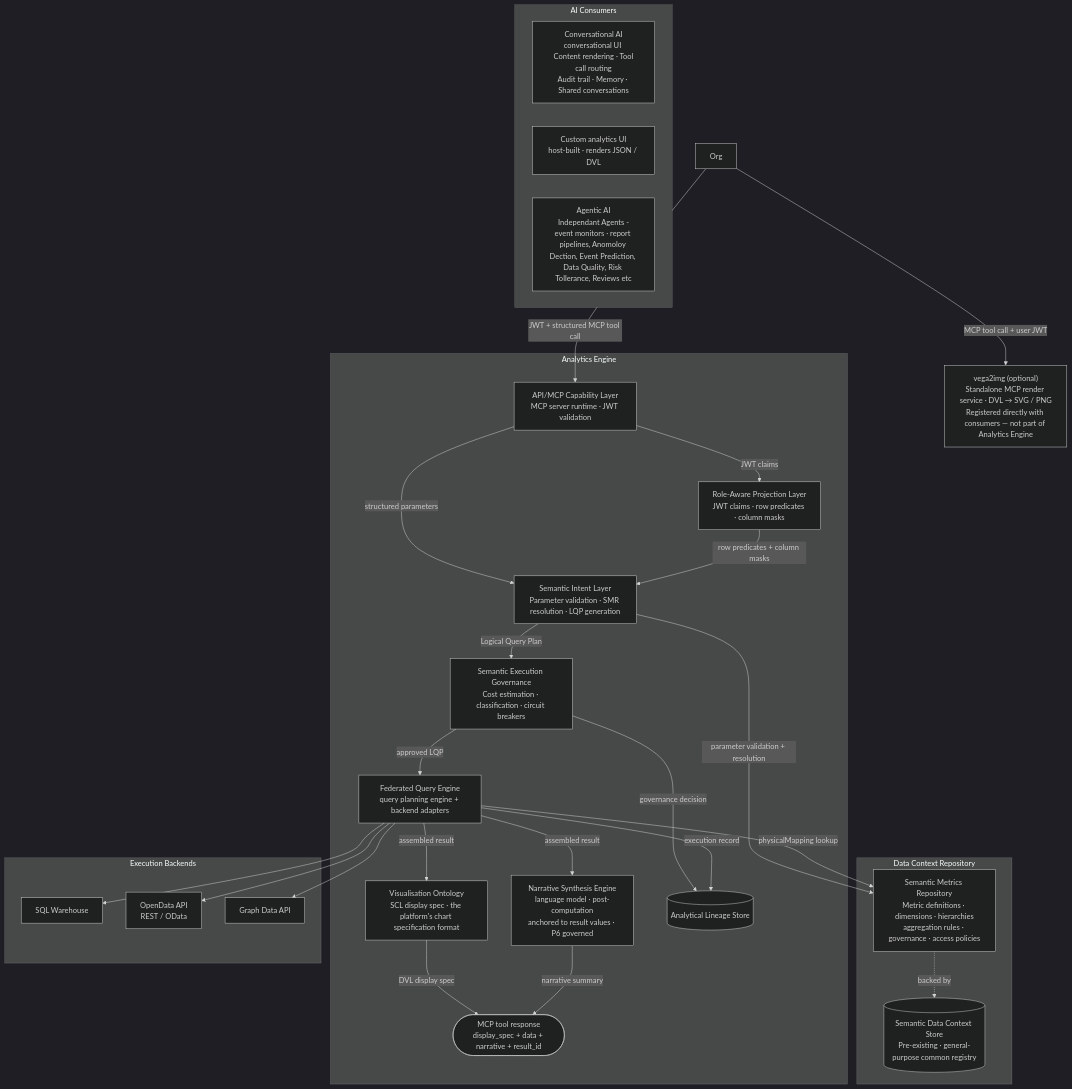
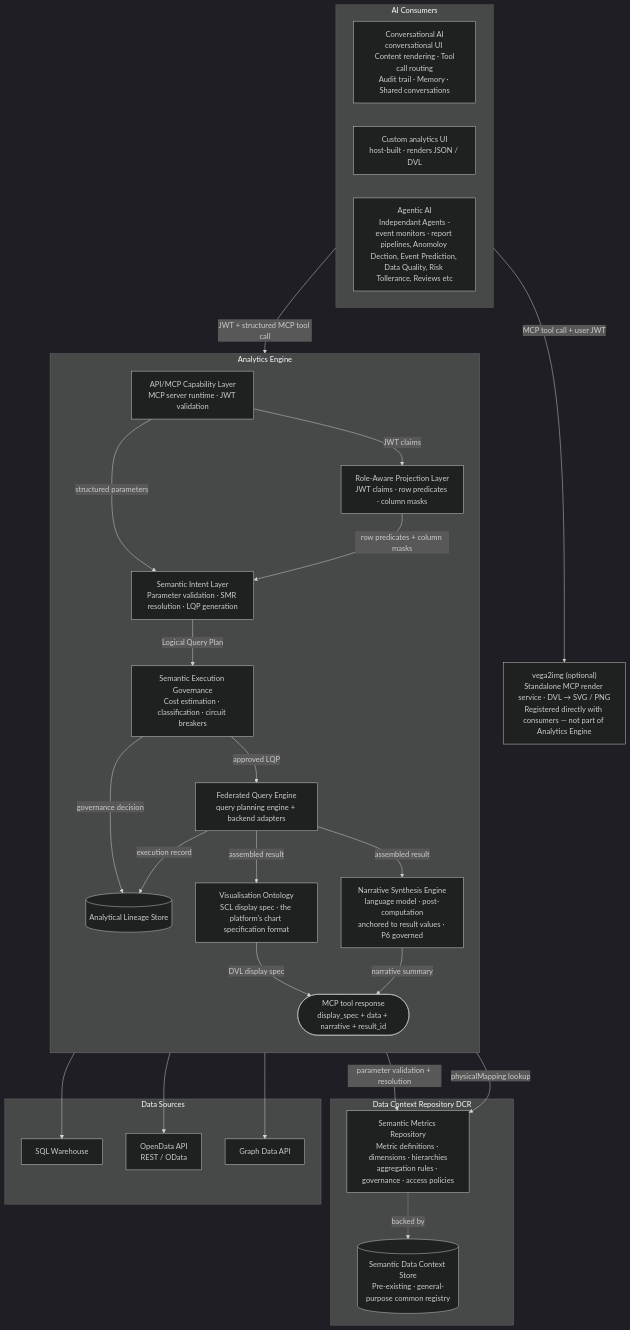
Before and after one commit to M-A-Operating-System/shared-work: the first of 6 diagrams in docs/product/analytics/02-core-capabilities.md, drawn with Mermaid (dark theme).

Commit message:
Update architecture diagram for clarity and accuracy

````diff
--- a/docs/product/analytics/02-core-capabilities.md
+++ b/docs/product/analytics/02-core-capabilities.md
@@ -57,51 +57,53 @@
 ```mermaid
 flowchart TD
-    subgraph org["AI Consumers"]
+    subgraph Consumers["AI Consumers"]
+        direction LR
         ChatComp["Conversational AI\nconversational UI \n Content rendering · Tool call routing\nAudit trail · Memory · Shared conversations"]
         CustomUI["Custom analytics UI\nhost-built · renders JSON / DVL"]
         Agents["Agentic AI\n Independant Agents - event monitors · report pipelines, Anomoloy Dection, Event Prediction, Data Quality, Risk Tollerance, Reviews etc"]
     end
 
     subgraph analytics["Analytics Engine"]
+        direction TB
         MCP["API/MCP Capability Layer\nMCP server runtime · JWT validation"]
         SIL["Semantic Intent Layer\nParameter validation · SMR resolution · LQP generation"]
         RAPL["Role-Aware Projection Layer\nJWT claims · row predicates · column masks"]
         SEG["Semantic Execution Governance\nCost estimation · classification · circuit breakers"]
         FQE["Federated Query Engine\nquery planning engine + backend adapters"]
         VO["Visualisation Ontology\nSCL display spec · the platform's chart specification format"]
         NSE["Narrative Synthesis Engine\nlanguage model · post-computation\nanchored to result values · P6 governed"]
         LS[("Analytical Lineage Store")]
         Result(["MCP tool response\ndisplay_spec + data + narrative + result_id"])
     end
 
     vega2img["vega2img (optional)\nStandalone MCP render service · DVL → SVG / PNG\nRegistered directly with consumers — not part of Analytics Engine"]
 
-    subgraph dcr["Data Context Repository"]
+    subgraph dcr["Data Context Repository DCR"]
         SMR["Semantic Metrics Repository\nMetric definitions · dimensions · hierarchies\naggregation rules · governance · access policies"]
         DCS[("Semantic Data Context Store\nPre-existing · general-purpose common registry")]
         SMR -. backed by .-> DCS
     end
 
-    subgraph backends["Execution Backends"]
+    subgraph backends["Data Sources"]
         SQL["SQL Warehouse"]
         ODA["OpenData API\nREST / OData"]
         GDA["Graph Data API"]
     end
 
-    Org -->|"JWT + structured MCP tool call"| MCP
-    Org -->|"MCP tool call + user JWT"| vega2img
+    Consumers -->|"JWT + structured MCP tool call"| MCP
+    Consumers -->|"MCP tool call + user JWT"| vega2img
     MCP -->|"structured parameters"| SIL
     MCP -->|"JWT claims"| RAPL
     RAPL -->|"row predicates + column masks"| SIL
     SIL -->|"parameter validation + resolution"| SMR
     SIL -->|"Logical Query Plan"| SEG
     SEG -->|"approved LQP"| FQE
     SEG -->|"governance decision"| LS
     FQE -->|"physicalMapping lookup"| SMR
     FQE --> SQL & ODA & GDA
     FQE -->|"execution record"| LS
     FQE -->|"assembled result"| VO
     FQE -->|"assembled result"| NSE
     VO -->|"DVL display spec"| Result
     NSE -->|"narrative summary"| Result
 ```
````
